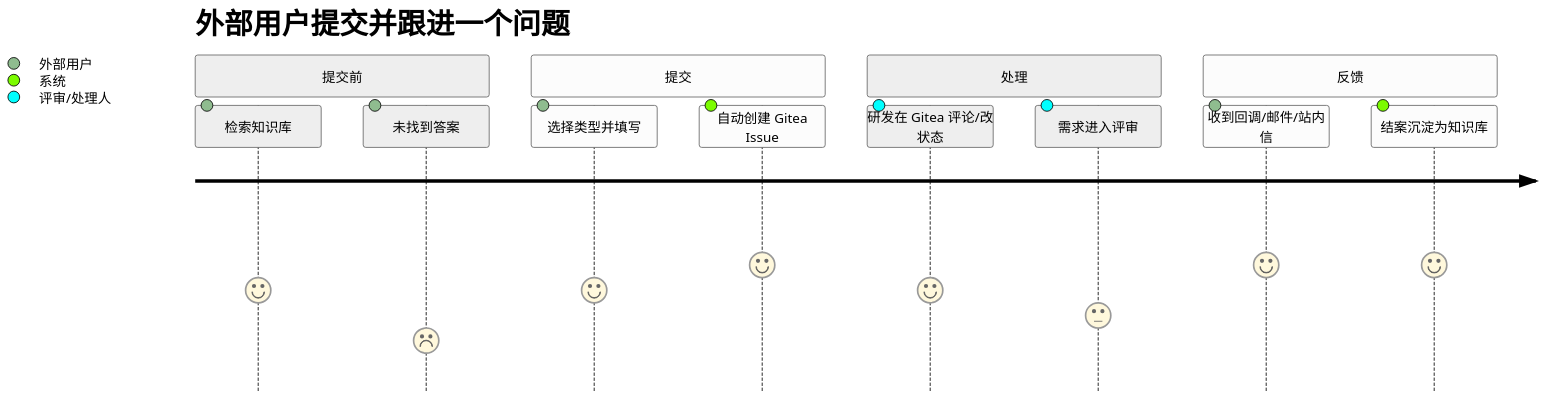
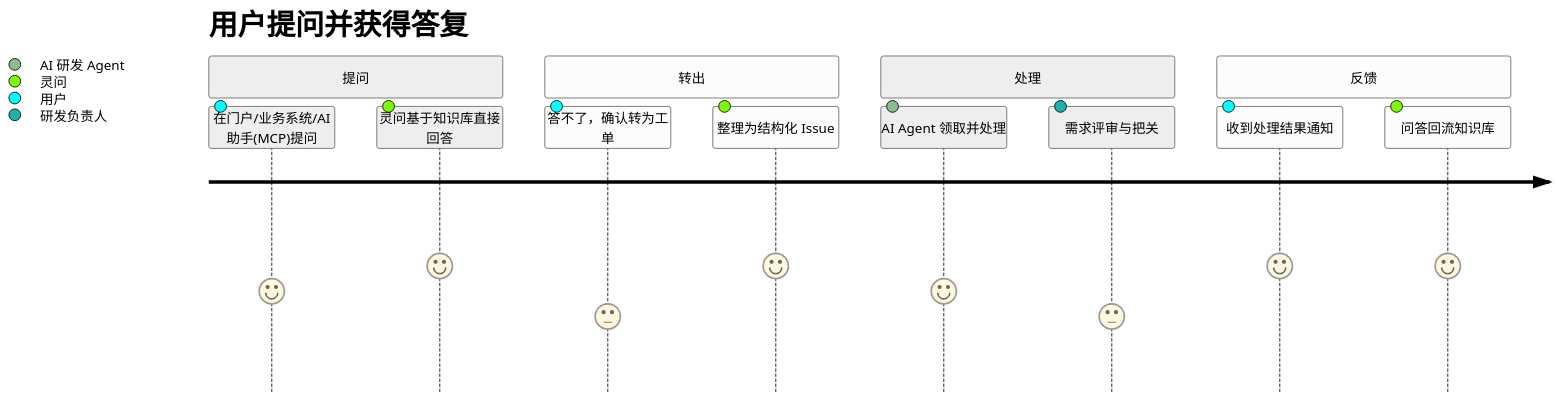
One commit to zhouhao4221/lingo changed the first of 3 diagrams in docs/requirements/PRD.md. Above: the diagram before and after it, drawn with Mermaid. The commit also changed other lines of this file and 14 other files, not shown here.

First line of the commit message:
文档: 调整产品定位为知识问答 Agent，新增 MCP、开放接口与固定角色多用户

````diff
--- a/docs/requirements/PRD.md
+++ b/docs/requirements/PRD.md
@@ -84,17 +96,17 @@
 ```mermaid
 %%{init: {'theme':'neutral'}}%%
 journey
-  title 外部用户提交并跟进一个问题
-  section 提交前
-    检索知识库: 4: 外部用户
-    未找到答案: 2: 外部用户
-  section 提交
-    选择类型并填写: 4: 外部用户
-    自动创建 Gitea Issue: 5: 系统
+  title 用户提问并获得答复
+  section 提问
+    在门户/业务系统/AI 助手(MCP)提问: 4: 用户
+    灵问基于知识库直接回答: 5: 灵问
+  section 转出
+    答不了，确认转为工单: 3: 用户
+    整理为结构化 Issue: 5: 灵问
   section 处理
-    研发在 Gitea 评论/改状态: 4: 评审/处理人
-    需求进入评审: 3: 评审/处理人
+    AI Agent 领取并处理: 4: AI 研发 Agent
+    需求评审与把关: 3: 研发负责人
   section 反馈
-    收到回调/邮件/站内信: 5: 外部用户
-    结案沉淀为知识库: 5: 系统
+    收到处理结果通知: 5: 用户
+    问答回流知识库: 5: 灵问
 ```
````
